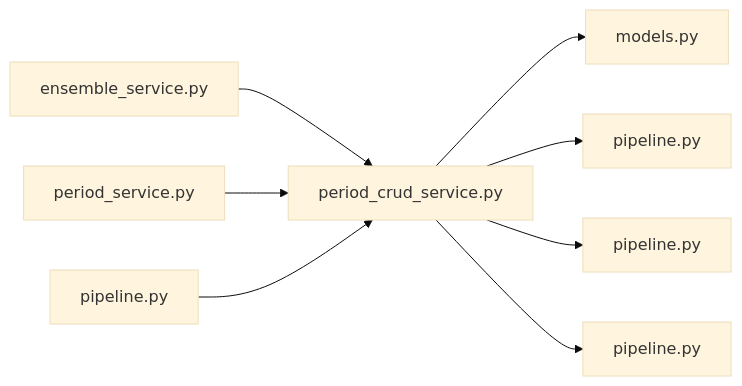
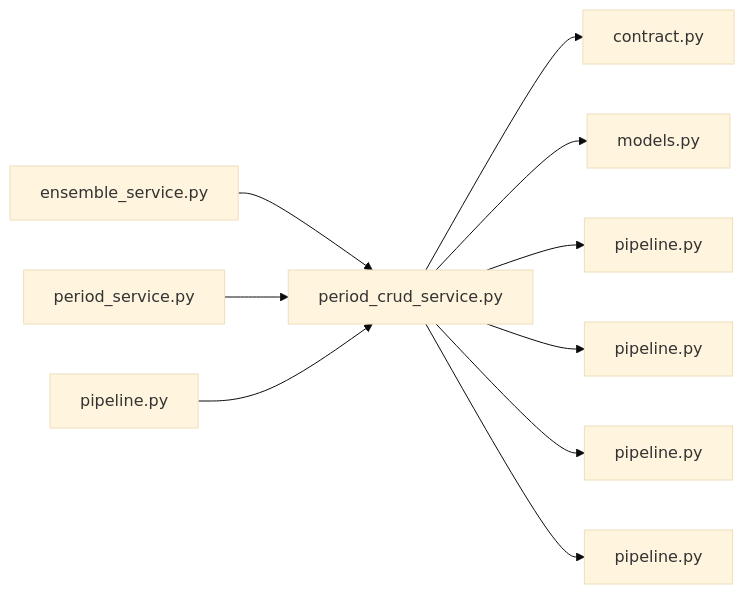
The diagram in .cluedoc/graph/backend/src/backend/services/period/period_crud_service.md (minkong-dev/Banblit), drawn with Mermaid (base theme) before and after one commit. The commit also changed other lines of this file and 31 other files, not shown here.

First line of the commit message:
backend: move daily max and max consecutive hours to each period

````diff
--- a/.cluedoc/graph/backend/src/backend/services/period/period_crud_service.md
+++ b/.cluedoc/graph/backend/src/backend/services/period/period_crud_service.md
@@ -10,11 +10,13 @@
 ```mermaid
 flowchart LR
   backend_src_backend_services_period_period_crud_service["period_crud_service.py"]
+  backend_src_backend_services_period_period_crud_service --> backend_src_backend_contract["contract.py"]
   backend_src_backend_services_period_period_crud_service --> backend_src_backend_db_models["models.py"]
   backend_src_backend_services_period_period_crud_service --> backend_src_backend_db_pipeline["pipeline.py"]
   backend_src_backend_services_period_period_crud_service --> backend_src_backend_services_reservation_pipeline["pipeline.py"]
+  backend_src_backend_services_period_period_crud_service --> backend_src_backend_services_settings_pipeline["pipeline.py"]
   backend_src_backend_services_period_period_crud_service --> backend_src_backend_services_validation_pipeline["pipeline.py"]
   backend_src_backend_services_period_ensemble_service["ensemble_service.py"] --> backend_src_backend_services_period_period_crud_service
   backend_src_backend_services_period_period_service["period_service.py"] --> backend_src_backend_services_period_period_crud_service
   backend_src_backend_services_period_pipeline["pipeline.py"] --> backend_src_backend_services_period_period_crud_service
 ```
````
